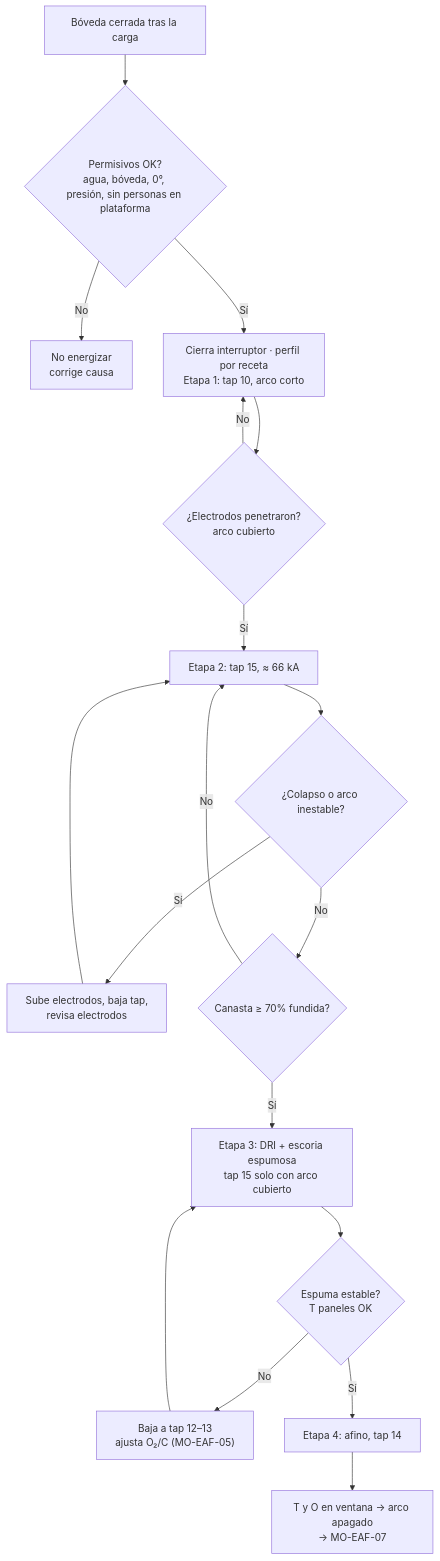
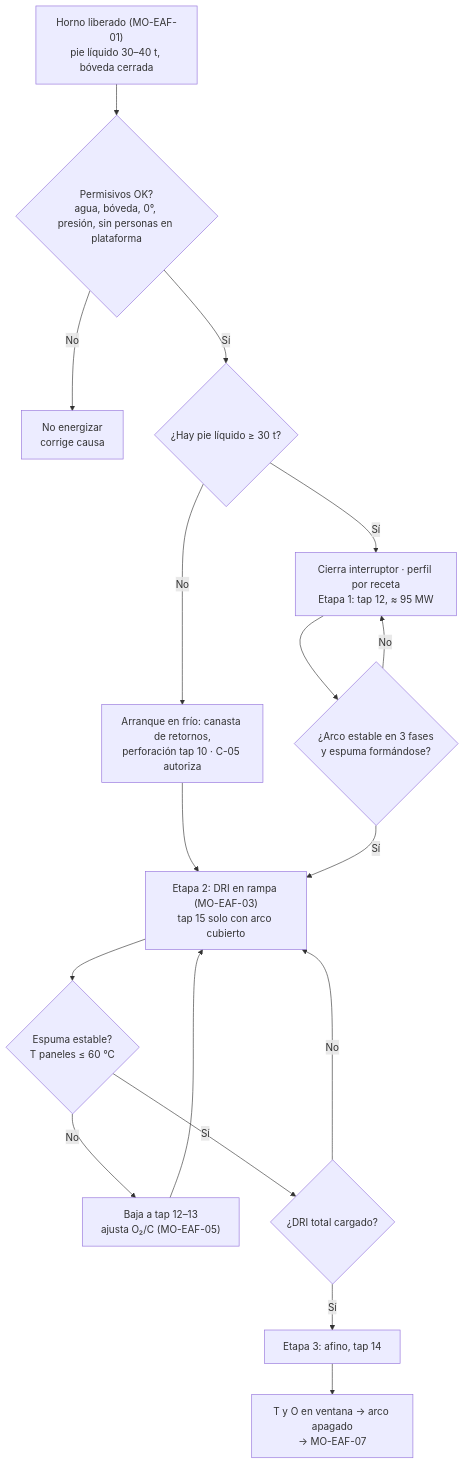
Before and after one commit to diegocardonaguzman03-maker/HR: the diagram in 10-plantas/01-steelmaking/02-operacion/eaf/MO-EAF-04-fusion-perfil-potencia-electrodos.md, drawn with Mermaid. The commit also changed other lines of this file and 21 other files, not shown here.

````diff
--- a/10-plantas/01-steelmaking/02-operacion/eaf/MO-EAF-04-fusion-perfil-potencia-electrodos.md
+++ b/10-plantas/01-steelmaking/02-operacion/eaf/MO-EAF-04-fusion-perfil-potencia-electrodos.md
@@ -42,20 +49,19 @@
 ```mermaid
 flowchart TD
-    A["Bóveda cerrada tras la carga"] --> B{"Permisivos OK?<br/>agua, bóveda, 0°, presión, sin personas en plataforma"}
+    A["Horno liberado (MO-EAF-01)<br/>pie líquido 30–40 t, bóveda cerrada"] --> B{"Permisivos OK?<br/>agua, bóveda, 0°, presión, sin personas en plataforma"}
     B -- "No" --> X["No energizar<br/>corrige causa"]
-    B -- "Sí" --> C["Cierra interruptor · perfil por receta<br/>Etapa 1: tap 10, arco corto"]
-    C --> D{"¿Electrodos penetraron?<br/>arco cubierto"}
+    B -- "Sí" --> P{"¿Hay pie líquido ≥ 30 t?"}
+    P -- "No" --> Q["Arranque en frío: canasta de retornos,<br/>perforación tap 10 · C-05 autoriza"]
+    Q --> E
+    P -- "Sí" --> C["Cierra interruptor · perfil por receta<br/>Etapa 1: tap 12, ≈ 95 MW"]
+    C --> D{"¿Arco estable en 3 fases<br/>y espuma formándose?"}
     D -- "No" --> C
-    D -- "Sí" --> E["Etapa 2: tap 15, ≈ 66 kA"]
-    E --> F{"¿Colapso o arco inestable?"}
-    F -- "Sí" --> G["Sube electrodos, baja tap,<br/>revisa electrodos"]
-    G --> E
-    F -- "No" --> H{"Canasta ≥ 70% fundida?"}
+    D -- "Sí" --> E["Etapa 2: DRI en rampa (MO-EAF-03)<br/>tap 15 solo con arco cubierto"]
+    E --> J{"Espuma estable?<br/>T paneles ≤ 60 °C"}
+    J -- "No" --> K["Baja a tap 12–13<br/>ajusta O₂/C (MO-EAF-05)"]
+    K --> E
+    J -- "Sí" --> H{"¿DRI total cargado?"}
     H -- "No" --> E
-    H -- "Sí" --> I["Etapa 3: DRI + escoria espumosa<br/>tap 15 solo con arco cubierto"]
-    I --> J{"Espuma estable?<br/>T paneles OK"}
-    J -- "No" --> K["Baja a tap 12–13<br/>ajusta O₂/C (MO-EAF-05)"]
-    K --> I
-    J -- "Sí" --> L["Etapa 4: afino, tap 14"]
+    H -- "Sí" --> L["Etapa 3: afino, tap 14"]
     L --> M["T y O en ventana → arco apagado<br/>→ MO-EAF-07"]
 ```
````
